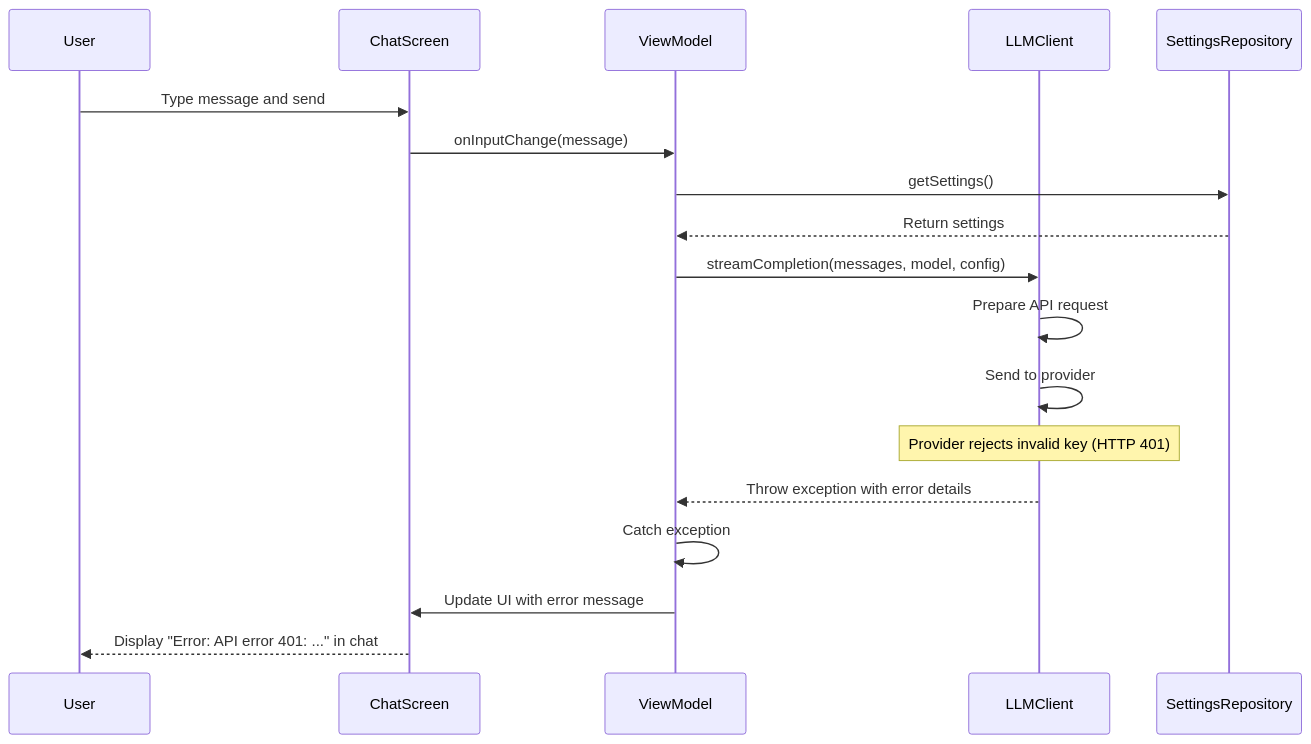
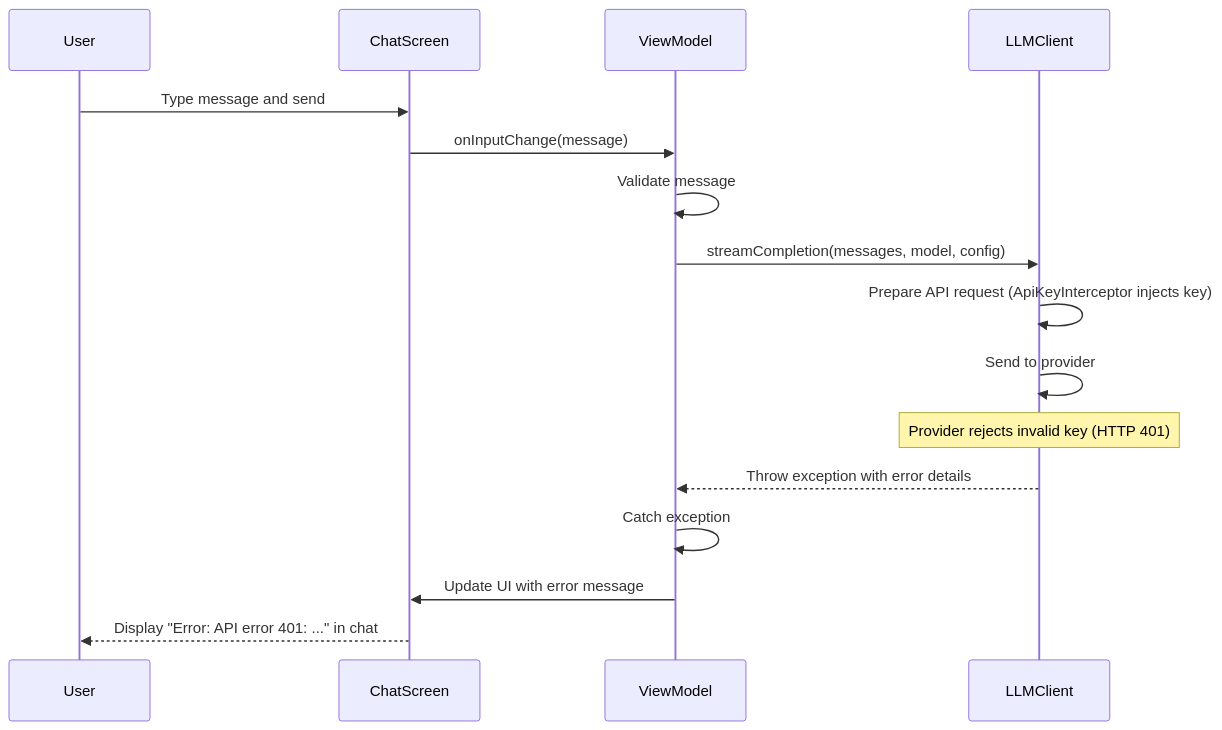
The ninth of 10 diagrams in docs/seq_chat.md (lehoang318/buddy), drawn with Mermaid before and after one commit. The commit also changed other lines of this file and 9 other files, not shown here.

````diff
--- a/docs/seq_chat.md
+++ b/docs/seq_chat.md
@@ -238,21 +235,19 @@
 ```mermaid
 sequenceDiagram
     participant User
     participant ChatScreen
     participant ViewModel
     participant LLMClient
-    participant SettingsRepository
 
     User->>ChatScreen: Type message and send
     ChatScreen->>ViewModel: onInputChange(message)
-    ViewModel->>SettingsRepository: getSettings()
-    SettingsRepository-->>ViewModel: Return settings
+    ViewModel->>ViewModel: Validate message
     ViewModel->>LLMClient: streamCompletion(messages, model, config)
-    LLMClient->>LLMClient: Prepare API request
+    LLMClient->>LLMClient: Prepare API request (ApiKeyInterceptor injects key)
     LLMClient->>LLMClient: Send to provider
     Note over LLMClient: Provider rejects invalid key (HTTP 401)
     LLMClient-->>ViewModel: Throw exception with error details
     ViewModel->>ViewModel: Catch exception
     ViewModel->>ChatScreen: Update UI with error message
     ChatScreen-->>User: Display "Error: API error 401: ..." in chat
 ```
````
